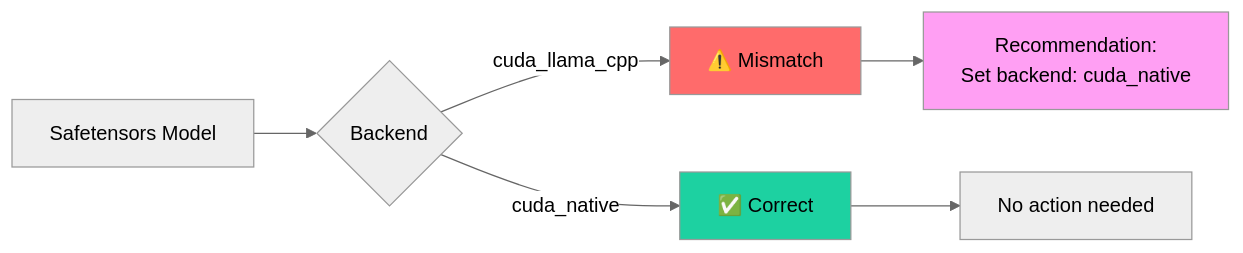
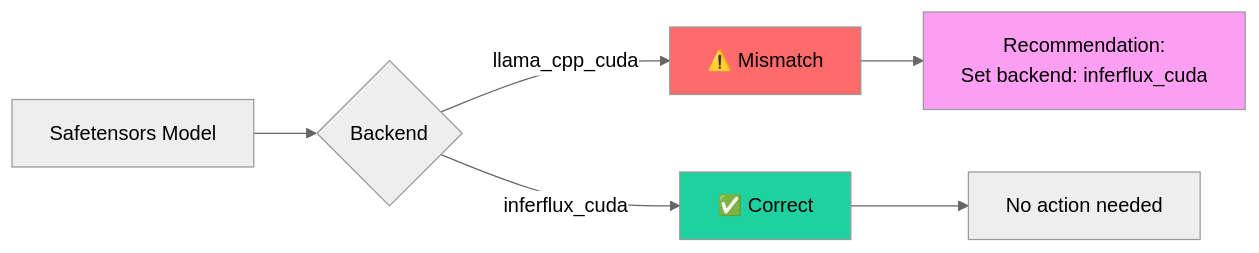
One commit to vjsingh1984/inferflux changed the second of 11 diagrams in docs/STARTUP_ADVISOR.md. Above: the diagram before and after it, drawn with Mermaid (neutral theme). The commit also changed other lines of this file and 217 other files, not shown here.

First line of the commit message:
Implement Strategy pattern for all compute backends and modularize backend architecture

````diff
--- a/docs/STARTUP_ADVISOR.md
+++ b/docs/STARTUP_ADVISOR.md
@@ -34,13 +34,13 @@
 ```mermaid
 flowchart LR
     A[Safetensors Model] --> B{Backend}
-    B -->|cuda_llama_cpp| C[⚠️ Mismatch]
-    B -->|cuda_native| D[✅ Correct]
+    B -->|llama_cpp_cuda| C[⚠️ Mismatch]
+    B -->|inferflux_cuda| D[✅ Correct]
 
-    C --> E[Recommendation:<br/>Set backend: cuda_native]
+    C --> E[Recommendation:<br/>Set backend: inferflux_cuda]
     D --> F[No action needed]
 
     style C fill:#ff6b6b
     style D fill:#1dd1a1
     style E fill:#ff9ff3
 ```
````
